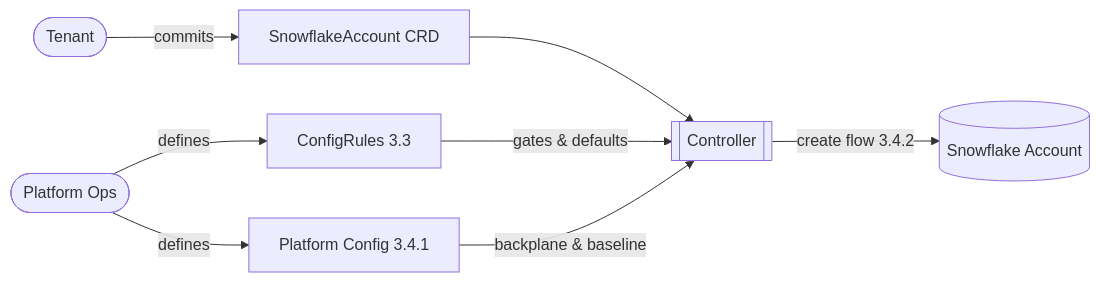
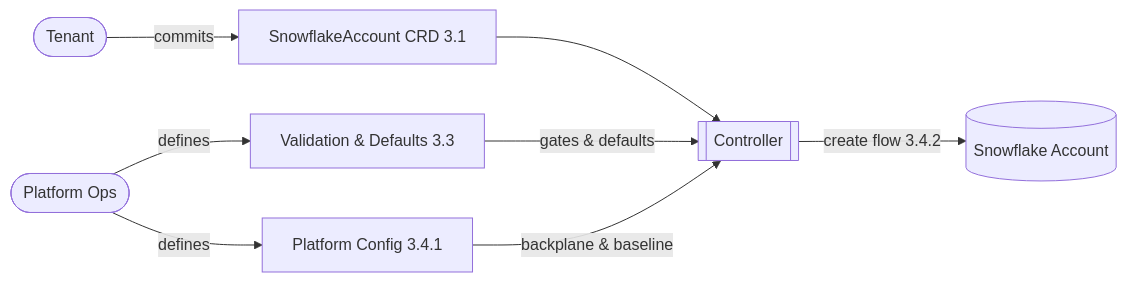
Before and after one commit to allianz/yukimi: the diagram in specs/design.md, drawn with Mermaid. The commit also changed other lines of this file, not shown here.

Commit message:
added mermaid

````diff
--- a/specs/design.md
+++ b/specs/design.md
@@ -152,12 +152,12 @@
 ```mermaid
 flowchart LR
-    Tenant([Tenant]) -->|commits| CRD[SnowflakeAccount CRD]
-    Ops([Platform Ops]) -->|defines| ConfigRules[ConfigRules 3.3]
+    Tenant([Tenant]) -->|commits| CRD[SnowflakeAccount CRD 3.1]
+    Ops([Platform Ops]) -->|defines| ValidationRules[Validation & Defaults 3.3]
     Ops -->|defines| PlatformConfig[Platform Config 3.4.1]
 
     CRD --> Controller[[Controller]]
-    ConfigRules -->|gates & defaults| Controller
+    ValidationRules -->|gates & defaults| Controller
     PlatformConfig -->|backplane & baseline| Controller
 
     Controller -->|create flow 3.4.2| Snowflake[(Snowflake Account)]
 ```
````
